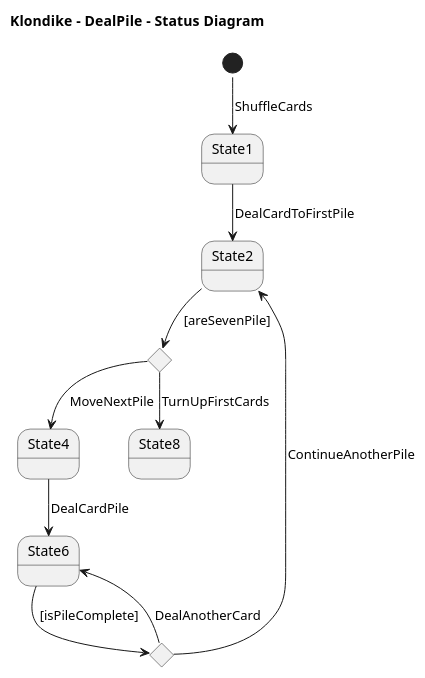
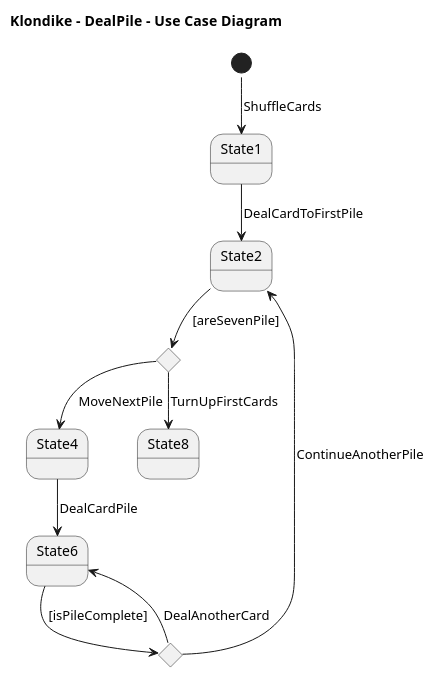
The diagram in 2 Modelo de vistas de caso de uso/Diagrama de caso de uso - DealPile.plantuml (AngelOS95P/Maestria_IngSoftware_grupo6), drawn with PlantUML before and after one commit. The commit also changed 16 other files, not shown here.

```diff
--- a/2 Modelo de vistas de caso de uso/Diagrama de caso de uso - DealPile.plantuml
+++ b/2 Modelo de vistas de caso de uso/Diagrama de caso de uso - DealPile.plantuml
@@ -1,23 +1,23 @@
-@startuml CUDealPile
+@startuml UCDealPile
 !pragma layout smetana
-title Klondike  - DealPile - Status Diagram
+title Klondike  - DealPile - Use Case Diagram
 
 state State1
 state State2
 state State3  <<choice>>
 state State4
 state State6
 state State5 <<choice>>
 state State8
 
 [*] --> State1: ShuffleCards
 State1 --> State2: DealCardToFirstPile
 State2 --> State3: [areSevenPile]
 State3 --> State4: MoveNextPile
 State4 --> State6: DealCardPile
 State6 --> State5: [isPileComplete]
 State5 --> State6: DealAnotherCard
 State5 --> State2: ContinueAnotherPile
 State3 --> State8: TurnUpFirstCards
 
 @enduml
```
